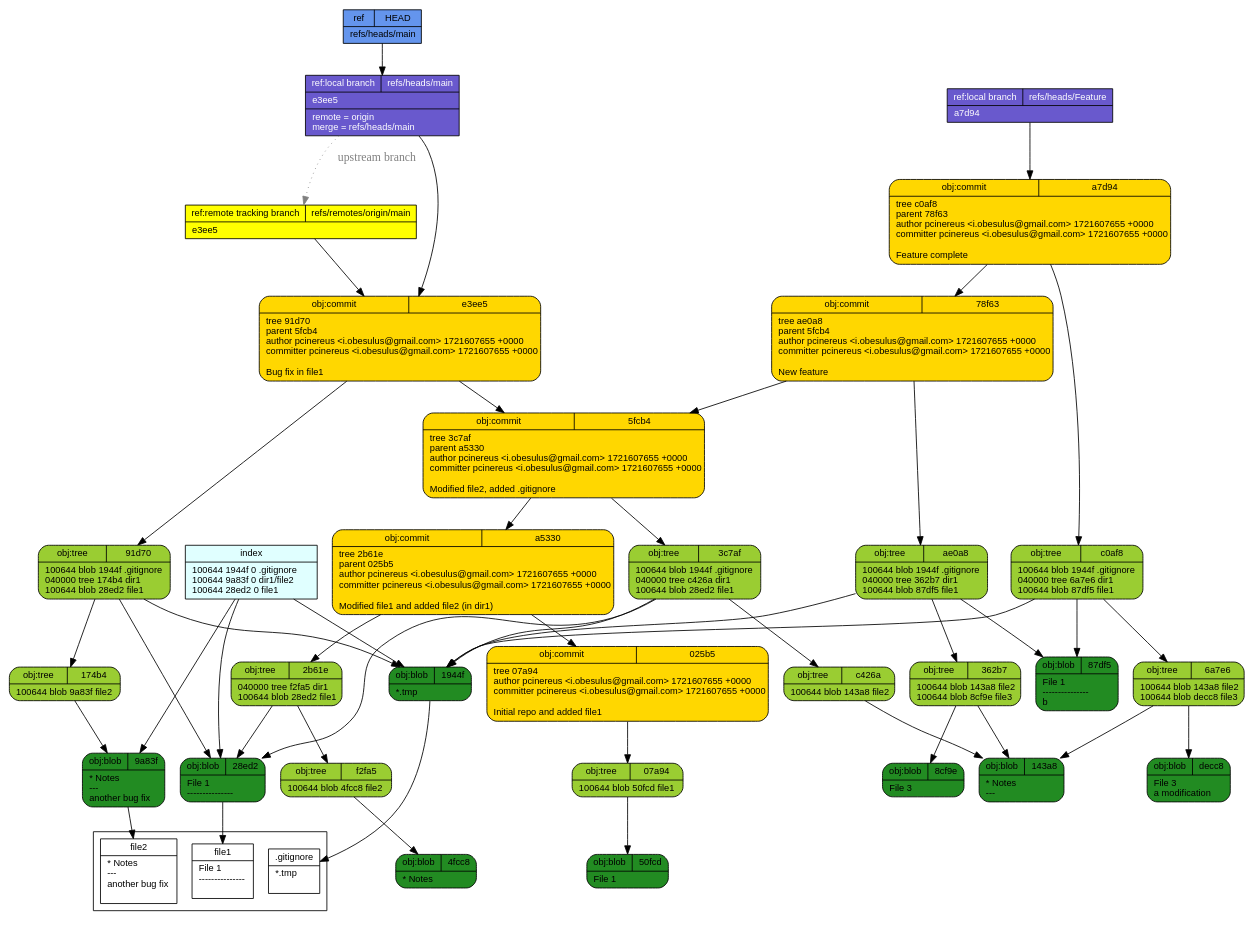
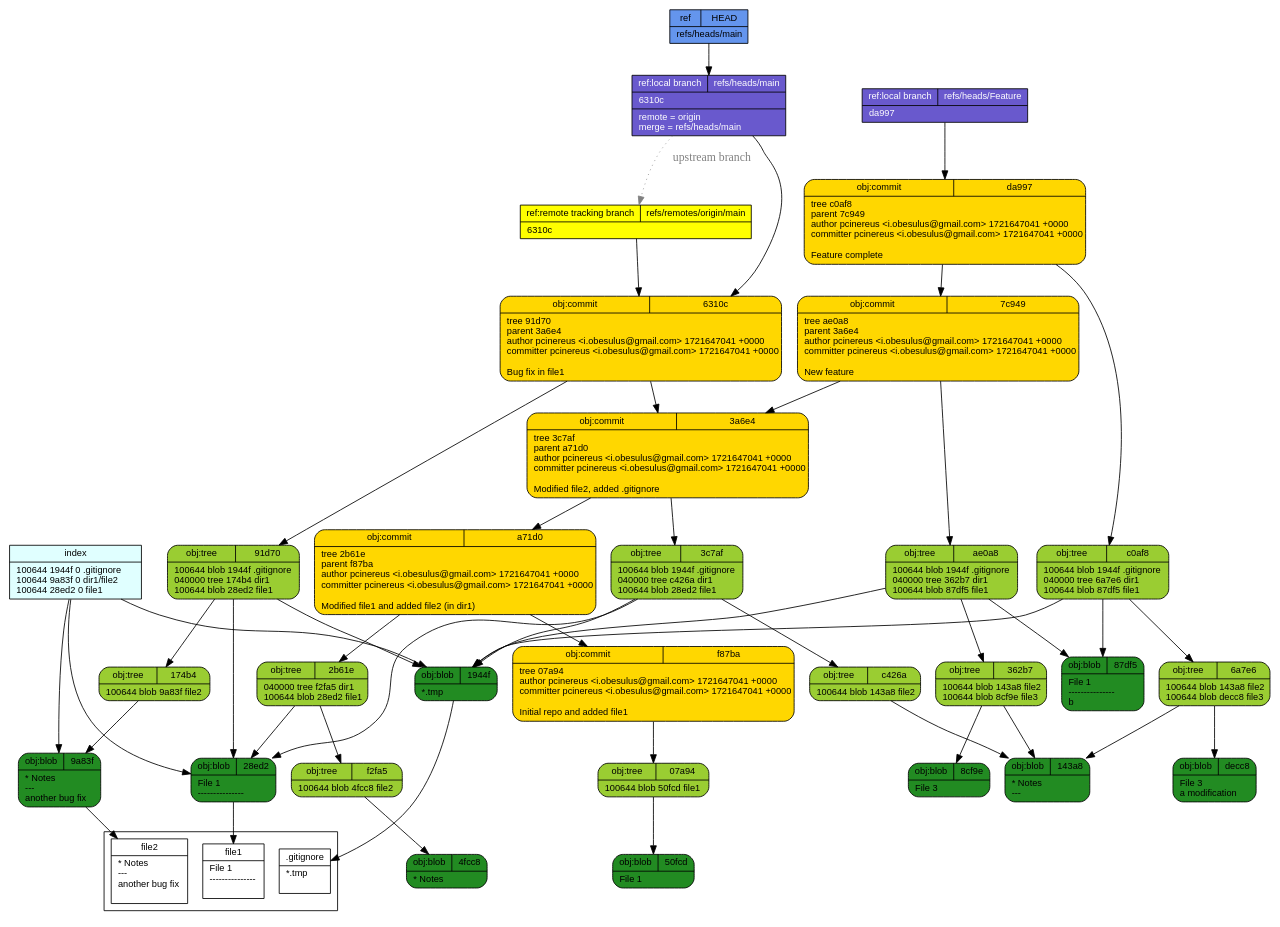
The diagram in tut/git-draw.dot (pcinereus/SUYRs_documents), drawn with Graphviz before and after one commit. The commit also changed 934 other files, not shown here.

```diff
--- a/tut/git-draw.dot
+++ b/tut/git-draw.dot
@@ -1,57 +1,57 @@
 digraph structs {
   node [shape=record,fontsize=11,fontname="arial"];
   rankdir="TB";
   _f2fa5 [fillcolor="yellowgreen", style="filled,rounded", label="{{obj:tree|f2fa5}|100644\ blob\ 4fcc8\	file2\l}"]  _f2fa5 -> _4fcc8
-  _5fcb4 [fillcolor="gold", style="filled,rounded", label="{{obj:commit|5fcb4}|tree\ 3c7af\lparent\ a5330\lauthor\ pcinereus\ \<i\.obesulus\@gmail\.com\>\ 1721607655\ \+0000\lcommitter\ pcinereus\ \<i\.obesulus\@gmail\.com\>\ 1721607655\ \+0000\l\lModified\ file2\,\ added\ \.gitignore\l}"]  _5fcb4 -> _3c7af
-  _5fcb4 -> _a5330
   _07a94 [fillcolor="yellowgreen", style="filled,rounded", label="{{obj:tree|07a94}|100644\ blob\ 50fcd\	file1\l}"]  _07a94 -> _50fcd
   _143a8 [fillcolor="forestgreen", style="filled,rounded", label="{{obj:blob|143a8}|\*\ Notes\l\-\-\-\l}"]  _c0af8 [fillcolor="yellowgreen", style="filled,rounded", label="{{obj:tree|c0af8}|100644\ blob\ 1944f\	\.gitignore\l040000\ tree\ 6a7e6\	dir1\l100644\ blob\ 87df5\	file1\l}"]  _c0af8 -> _1944f
   _c0af8 -> _6a7e6
   _c0af8 -> _87df5
-  _4fcc8 [fillcolor="forestgreen", style="filled,rounded", label="{{obj:blob|4fcc8}|\*\ Notes\l}"]  _e3ee5 [fillcolor="gold", style="filled,rounded", label="{{obj:commit|e3ee5}|tree\ 91d70\lparent\ 5fcb4\lauthor\ pcinereus\ \<i\.obesulus\@gmail\.com\>\ 1721607655\ \+0000\lcommitter\ pcinereus\ \<i\.obesulus\@gmail\.com\>\ 1721607655\ \+0000\l\lBug\ fix\ in\ file1\l}"]  _e3ee5 -> _91d70
-  _e3ee5 -> _5fcb4
+  _4fcc8 [fillcolor="forestgreen", style="filled,rounded", label="{{obj:blob|4fcc8}|\*\ Notes\l}"]  _f87ba [fillcolor="gold", style="filled,rounded", label="{{obj:commit|f87ba}|tree\ 07a94\lauthor\ pcinereus\ \<i\.obesulus\@gmail\.com\>\ 1721647041\ \+0000\lcommitter\ pcinereus\ \<i\.obesulus\@gmail\.com\>\ 1721647041\ \+0000\l\lInitial\ repo\ and\ added\ file1\l}"]  _f87ba -> _07a94
+  _3a6e4 [fillcolor="gold", style="filled,rounded", label="{{obj:commit|3a6e4}|tree\ 3c7af\lparent\ a71d0\lauthor\ pcinereus\ \<i\.obesulus\@gmail\.com\>\ 1721647041\ \+0000\lcommitter\ pcinereus\ \<i\.obesulus\@gmail\.com\>\ 1721647041\ \+0000\l\lModified\ file2\,\ added\ \.gitignore\l}"]  _3a6e4 -> _3c7af
+  _3a6e4 -> _a71d0
+  _6310c [fillcolor="gold", style="filled,rounded", label="{{obj:commit|6310c}|tree\ 91d70\lparent\ 3a6e4\lauthor\ pcinereus\ \<i\.obesulus\@gmail\.com\>\ 1721647041\ \+0000\lcommitter\ pcinereus\ \<i\.obesulus\@gmail\.com\>\ 1721647041\ \+0000\l\lBug\ fix\ in\ file1\l}"]  _6310c -> _91d70
+  _6310c -> _3a6e4
   _c426a [fillcolor="yellowgreen", style="filled,rounded", label="{{obj:tree|c426a}|100644\ blob\ 143a8\	file2\l}"]  _c426a -> _143a8
-  _1944f [fillcolor="forestgreen", style="filled,rounded", label="{{obj:blob|1944f}|\*\.tmp\l}"]  _50fcd [fillcolor="forestgreen", style="filled,rounded", label="{{obj:blob|50fcd}|File\ 1\l}"]  _a7d94 [fillcolor="gold", style="filled,rounded", label="{{obj:commit|a7d94}|tree\ c0af8\lparent\ 78f63\lauthor\ pcinereus\ \<i\.obesulus\@gmail\.com\>\ 1721607655\ \+0000\lcommitter\ pcinereus\ \<i\.obesulus\@gmail\.com\>\ 1721607655\ \+0000\l\lFeature\ complete\l}"]  _a7d94 -> _c0af8
-  _a7d94 -> _78f63
-  _025b5 [fillcolor="gold", style="filled,rounded", label="{{obj:commit|025b5}|tree\ 07a94\lauthor\ pcinereus\ \<i\.obesulus\@gmail\.com\>\ 1721607655\ \+0000\lcommitter\ pcinereus\ \<i\.obesulus\@gmail\.com\>\ 1721607655\ \+0000\l\lInitial\ repo\ and\ added\ file1\l}"]  _025b5 -> _07a94
+  _1944f [fillcolor="forestgreen", style="filled,rounded", label="{{obj:blob|1944f}|\*\.tmp\l}"]  _50fcd [fillcolor="forestgreen", style="filled,rounded", label="{{obj:blob|50fcd}|File\ 1\l}"]  _a71d0 [fillcolor="gold", style="filled,rounded", label="{{obj:commit|a71d0}|tree\ 2b61e\lparent\ f87ba\lauthor\ pcinereus\ \<i\.obesulus\@gmail\.com\>\ 1721647041\ \+0000\lcommitter\ pcinereus\ \<i\.obesulus\@gmail\.com\>\ 1721647041\ \+0000\l\lModified\ file1\ and\ added\ file2\ \(in\ dir1\)\l}"]  _a71d0 -> _2b61e
+  _a71d0 -> _f87ba
+  _7c949 [fillcolor="gold", style="filled,rounded", label="{{obj:commit|7c949}|tree\ ae0a8\lparent\ 3a6e4\lauthor\ pcinereus\ \<i\.obesulus\@gmail\.com\>\ 1721647041\ \+0000\lcommitter\ pcinereus\ \<i\.obesulus\@gmail\.com\>\ 1721647041\ \+0000\l\lNew\ feature\l}"]  _7c949 -> _ae0a8
+  _7c949 -> _3a6e4
   _8cf9e [fillcolor="forestgreen", style="filled,rounded", label="{{obj:blob|8cf9e}|File\ 3\l}"]  _91d70 [fillcolor="yellowgreen", style="filled,rounded", label="{{obj:tree|91d70}|100644\ blob\ 1944f\	\.gitignore\l040000\ tree\ 174b4\	dir1\l100644\ blob\ 28ed2\	file1\l}"]  _91d70 -> _1944f
   _91d70 -> _174b4
   _91d70 -> _28ed2
-  _78f63 [fillcolor="gold", style="filled,rounded", label="{{obj:commit|78f63}|tree\ ae0a8\lparent\ 5fcb4\lauthor\ pcinereus\ \<i\.obesulus\@gmail\.com\>\ 1721607655\ \+0000\lcommitter\ pcinereus\ \<i\.obesulus\@gmail\.com\>\ 1721607655\ \+0000\l\lNew\ feature\l}"]  _78f63 -> _ae0a8
-  _78f63 -> _5fcb4
-  _a5330 [fillcolor="gold", style="filled,rounded", label="{{obj:commit|a5330}|tree\ 2b61e\lparent\ 025b5\lauthor\ pcinereus\ \<i\.obesulus\@gmail\.com\>\ 1721607655\ \+0000\lcommitter\ pcinereus\ \<i\.obesulus\@gmail\.com\>\ 1721607655\ \+0000\l\lModified\ file1\ and\ added\ file2\ \(in\ dir1\)\l}"]  _a5330 -> _2b61e
-  _a5330 -> _025b5
+  _da997 [fillcolor="gold", style="filled,rounded", label="{{obj:commit|da997}|tree\ c0af8\lparent\ 7c949\lauthor\ pcinereus\ \<i\.obesulus\@gmail\.com\>\ 1721647041\ \+0000\lcommitter\ pcinereus\ \<i\.obesulus\@gmail\.com\>\ 1721647041\ \+0000\l\lFeature\ complete\l}"]  _da997 -> _c0af8
+  _da997 -> _7c949
   _9a83f [fillcolor="forestgreen", style="filled,rounded", label="{{obj:blob|9a83f}|\*\ Notes\l\-\-\-\l\ another\ bug\ fix\l}"]  _ae0a8 [fillcolor="yellowgreen", style="filled,rounded", label="{{obj:tree|ae0a8}|100644\ blob\ 1944f\	\.gitignore\l040000\ tree\ 362b7\	dir1\l100644\ blob\ 87df5\	file1\l}"]  _ae0a8 -> _1944f
   _ae0a8 -> _362b7
   _ae0a8 -> _87df5
   _2b61e [fillcolor="yellowgreen", style="filled,rounded", label="{{obj:tree|2b61e}|040000\ tree\ f2fa5\	dir1\l100644\ blob\ 28ed2\	file1\l}"]  _2b61e -> _f2fa5
   _2b61e -> _28ed2
   _87df5 [fillcolor="forestgreen", style="filled,rounded", label="{{obj:blob|87df5}|File\ 1\l\-\-\-\-\-\-\-\-\-\-\-\-\-\-\-\lb\l}"]  _362b7 [fillcolor="yellowgreen", style="filled,rounded", label="{{obj:tree|362b7}|100644\ blob\ 143a8\	file2\l100644\ blob\ 8cf9e\	file3\l}"]  _362b7 -> _143a8
   _362b7 -> _8cf9e
   _3c7af [fillcolor="yellowgreen", style="filled,rounded", label="{{obj:tree|3c7af}|100644\ blob\ 1944f\	\.gitignore\l040000\ tree\ c426a\	dir1\l100644\ blob\ 28ed2\	file1\l}"]  _3c7af -> _1944f
   _3c7af -> _c426a
   _3c7af -> _28ed2
   _28ed2 [fillcolor="forestgreen", style="filled,rounded", label="{{obj:blob|28ed2}|File\ 1\l\-\-\-\-\-\-\-\-\-\-\-\-\-\-\-\l}"]  _6a7e6 [fillcolor="yellowgreen", style="filled,rounded", label="{{obj:tree|6a7e6}|100644\ blob\ 143a8\	file2\l100644\ blob\ decc8\	file3\l}"]  _6a7e6 -> _143a8
   _6a7e6 -> _decc8
   _174b4 [fillcolor="yellowgreen", style="filled,rounded", label="{{obj:tree|174b4}|100644\ blob\ 9a83f\	file2\l}"]  _174b4 -> _9a83f
-  _decc8 [fillcolor="forestgreen", style="filled,rounded", label="{{obj:blob|decc8}|File\ 3\l\ a\ modification\l}"]  _refs___heads___Feature [style=filled, fillcolor=slateblue3, fontcolor = white,  label="{{ref:local branch|refs\/heads\/Feature}|a7d94\l}"]
-  _refs___heads___Feature -> _a7d94
+  _decc8 [fillcolor="forestgreen", style="filled,rounded", label="{{obj:blob|decc8}|File\ 3\l\ a\ modification\l}"]  _refs___heads___Feature [style=filled, fillcolor=slateblue3, fontcolor = white,  label="{{ref:local branch|refs\/heads\/Feature}|da997\l}"]
+  _refs___heads___Feature -> _da997
   _refs___heads___main -> _refs___remotes___origin___main [style=dotted, color=gray, fontcolor=gray, label="upstream branch"]
-  _refs___heads___main [style=filled, fillcolor=slateblue3, fontcolor = white,  label="{{ref:local branch|refs\/heads\/main}|e3ee5\l|remote\ \=\ origin\lmerge\ \=\ refs\/heads\/main\l}"]
-  _refs___heads___main -> _e3ee5
-  _refs___remotes___origin___main [style=filled, fillcolor=yellow, fontcolor = black,  label="{{ref:remote tracking branch|refs\/remotes\/origin\/main}|e3ee5\l}"]
-  _refs___remotes___origin___main -> _e3ee5
+  _refs___heads___main [style=filled, fillcolor=slateblue3, fontcolor = white,  label="{{ref:local branch|refs\/heads\/main}|6310c\l|remote\ \=\ origin\lmerge\ \=\ refs\/heads\/main\l}"]
+  _refs___heads___main -> _6310c
+  _refs___remotes___origin___main [style=filled, fillcolor=yellow, fontcolor = black,  label="{{ref:remote tracking branch|refs\/remotes\/origin\/main}|6310c\l}"]
+  _refs___remotes___origin___main -> _6310c
   _HEAD [style=filled, fillcolor=cornflowerblue, fontcolor=black,  label="{{ref|HEAD}|refs\/heads\/main\l}"]
   _HEAD -> _refs___heads___main
   index -> _1944f
   index -> _9a83f
   index -> _28ed2
   index [style=filled, fillcolor=lightcyan, label="{{index}|100644\ 1944f\ 0\	\.gitignore\l100644\ 9a83f\ 0\	dir1\/file2\l100644\ 28ed2\ 0\	file1\l}"]
 subgraph cluster_1 {rank=sink  _gitignore [fillcolor="white", label="{{.gitignore}|*.tmp\l\l}"] 
   _file2 [fillcolor="white", label="{{file2}|* Notes\l---\l another bug fix\l\l}"] 
   _file1 [fillcolor="white", label="{{file1}|File 1\l---------------\l\l}"] 
 }
  _1944f -> _gitignore
  _9a83f -> _file2
  _28ed2 -> _file1
 }
```
